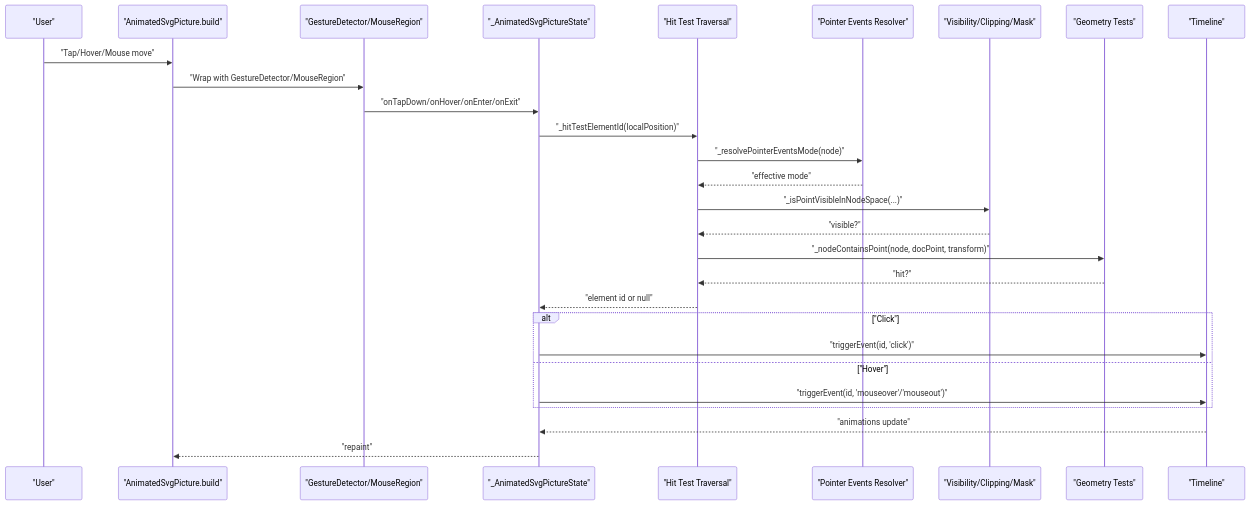
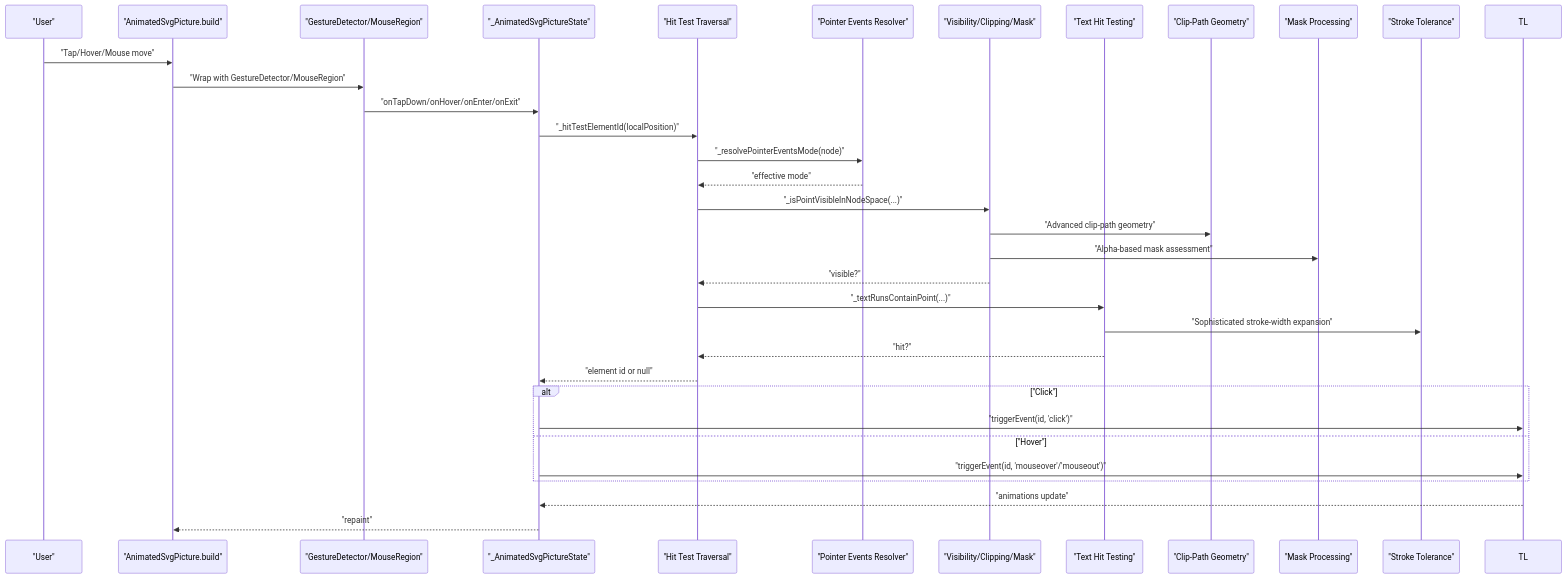
Before and after one commit to denisnadey/flutter_full_svg_support: the second of 10 diagrams in .qoder/repowiki/en/content/Advanced Features/Interactive SVG Elements.md, drawn with Mermaid. The commit also changed other lines of this file and 40 other files, not shown here.

````diff
--- a/.qoder/repowiki/en/content/Advanced Features/Interactive SVG Elements.md
+++ b/.qoder/repowiki/en/content/Advanced Features/Interactive SVG Elements.md
@@ -105,30 +146,35 @@
 ```mermaid
 sequenceDiagram
 participant U as "User"
 participant W as "AnimatedSvgPicture.build"
 participant G as "GestureDetector/MouseRegion"
 participant S as "_AnimatedSvgPictureState"
 participant T as "Hit Test Traversal"
 participant P as "Pointer Events Resolver"
 participant V as "Visibility/Clipping/Mask"
-participant GE as "Geometry Tests"
-participant TL as "Timeline"
+participant TE as "Text Hit Testing"
+participant CG as "Clip-Path Geometry"
+participant MS as "Mask Processing"
+participant ST as "Stroke Tolerance"
 U->>W : "Tap/Hover/Mouse move"
 W->>G : "Wrap with GestureDetector/MouseRegion"
 G->>S : "onTapDown/onHover/onEnter/onExit"
 S->>T : "_hitTestElementId(localPosition)"
 T->>P : "_resolvePointerEventsMode(node)"
 P-->>T : "effective mode"
 T->>V : "_isPointVisibleInNodeSpace(...)"
+V->>CG : "Advanced clip-path geometry"
+V->>MS : "Alpha-based mask assessment"
 V-->>T : "visible?"
-T->>GE : "_nodeContainsPoint(node, docPoint, transform)"
-GE-->>T : "hit?"
+T->>TE : "_textRunsContainPoint(...)"
+TE->>ST : "Sophisticated stroke-width expansion"
+TE-->>T : "hit?"
 T-->>S : "element id or null"
 alt "Click"
 S->>TL : "triggerEvent(id, 'click')"
 else "Hover"
 S->>TL : "triggerEvent(id, 'mouseover'/'mouseout')"
 end
 TL-->>S : "animations update"
 S-->>W : "repaint"
 ```
````
